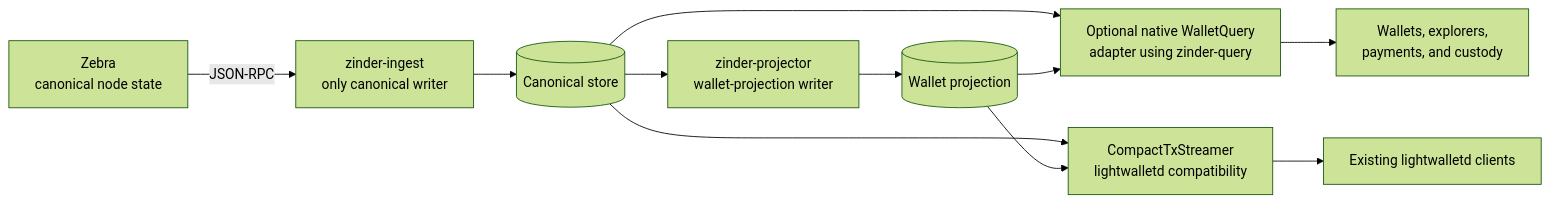
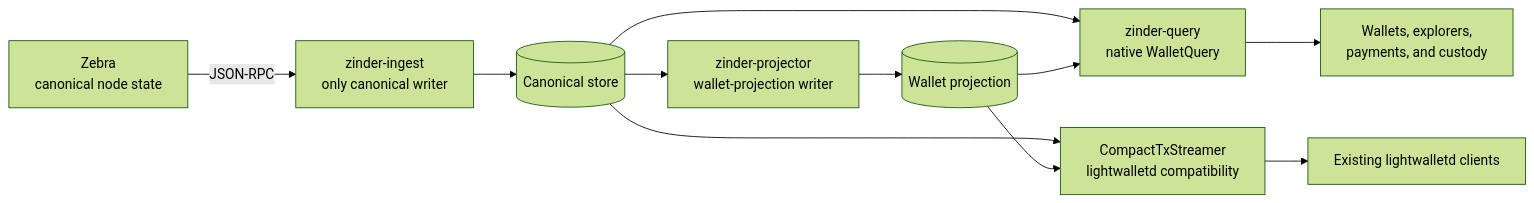
The diagram in docs/architecture/indexer-wallet-boundary.md (gustavovalverde/zinder), drawn with Mermaid (forest theme) before and after one commit. The commit also changed other lines of this file and 213 other files, not shown here.

First line of the commit message:
feat(query): ship native WalletQuery alongside lightwalletd (#22)

````diff
--- a/docs/architecture/indexer-wallet-boundary.md
+++ b/docs/architecture/indexer-wallet-boundary.md
@@ -83,23 +83,23 @@
 ```mermaid
 flowchart LR
     Zebra["Zebra<br/>canonical node state"]
     Ingest["zinder-ingest<br/>only canonical writer"]
     Canonical[("Canonical store")]
     Projector["zinder-projector<br/>wallet-projection writer"]
     Wallet[("Wallet projection")]
-    Native["Optional native WalletQuery<br/>adapter using zinder-query"]
+    Native["zinder-query<br/>native WalletQuery"]
     Compat["CompactTxStreamer<br/>lightwalletd compatibility"]
     Products["Wallets, explorers,<br/>payments, and custody"]
     LightClients["Existing lightwalletd clients"]
 
     Zebra -->|JSON-RPC| Ingest
     Ingest --> Canonical
     Canonical --> Projector
     Projector --> Wallet
     Canonical --> Native
     Wallet --> Native
     Canonical --> Compat
     Wallet --> Compat
     Native --> Products
     Compat --> LightClients
 ```
````
